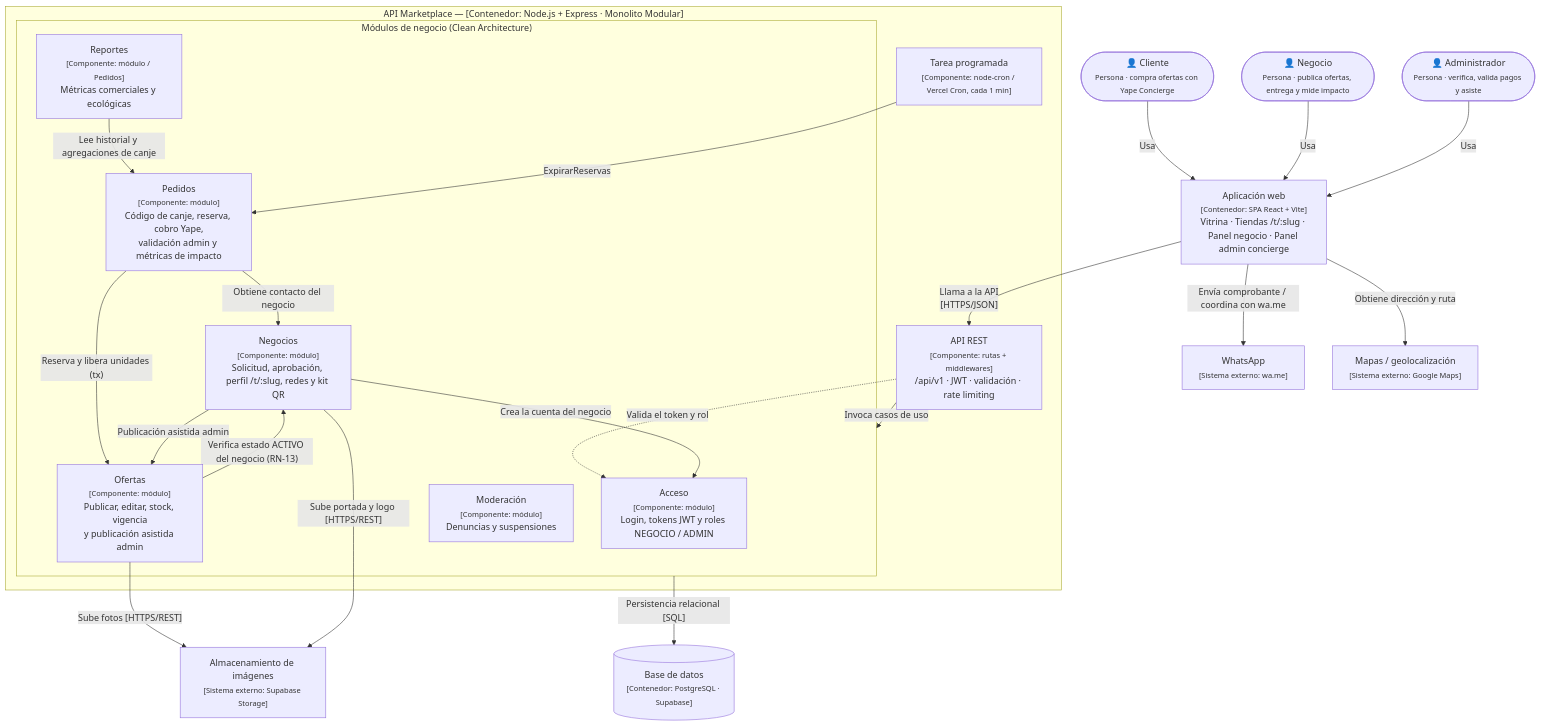
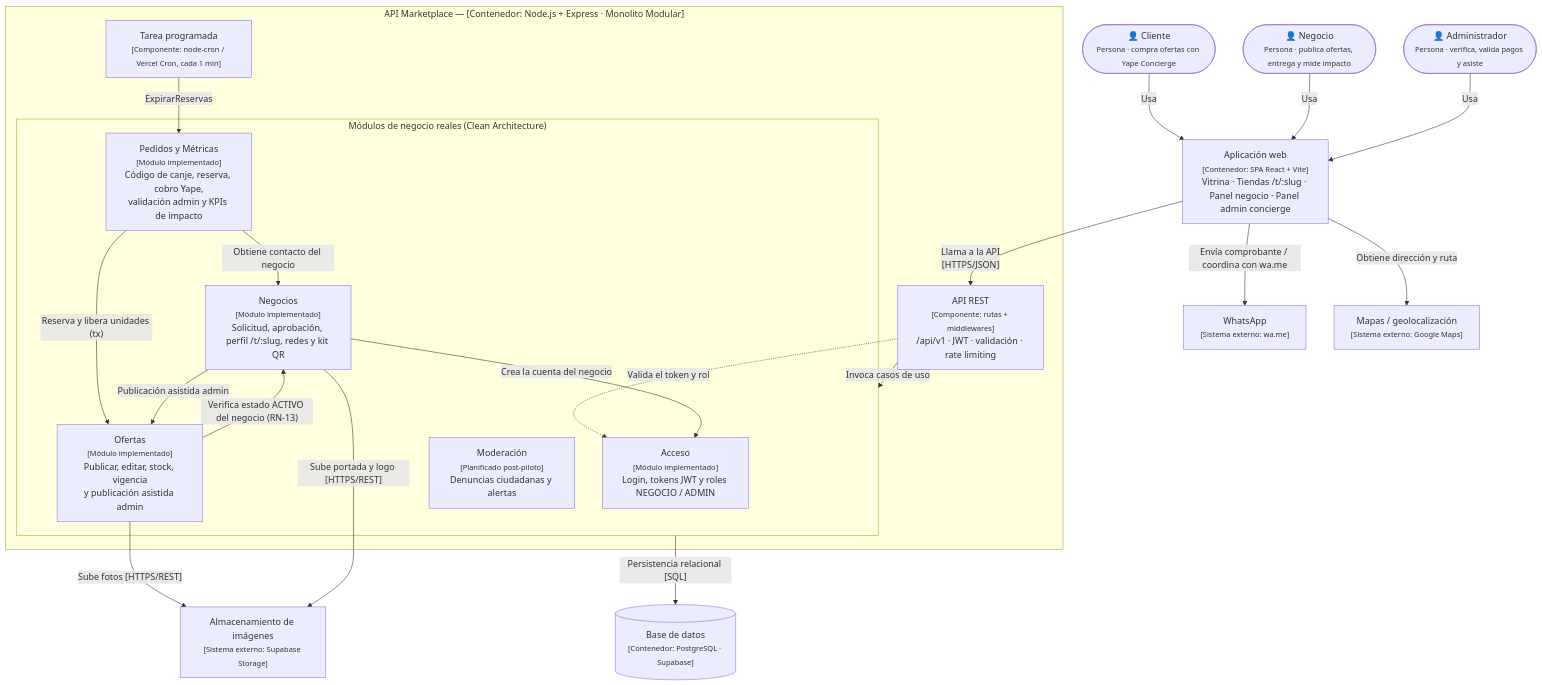
Before and after one commit to lovableprojectscx/JAMA: the diagram in docs/02-arquitectura-software/componentes-arquitectonicos.md, drawn with Mermaid. The commit also changed 33 other files, not shown here.

Commit message:
docs: agrupar requisitos funcionales, crear mapa maestro, ERD y regenerar 20 diagramas PNG

````diff
--- a/docs/02-arquitectura-software/componentes-arquitectonicos.md
+++ b/docs/02-arquitectura-software/componentes-arquitectonicos.md
@@ -7,49 +7,47 @@
 ```mermaid
 flowchart TB
     CL(["👤 Cliente<br/><small>Persona · compra ofertas con Yape Concierge</small>"])
     NE(["👤 Negocio<br/><small>Persona · publica ofertas, entrega y mide impacto</small>"])
     AD(["👤 Administrador<br/><small>Persona · verifica, valida pagos y asiste</small>"])
 
     WEB["Aplicación web<br/><small>[Contenedor: SPA React + Vite]</small><br/>Vitrina · Tiendas /t/:slug · Panel negocio · Panel admin concierge"]
 
     subgraph API["API Marketplace — [Contenedor: Node.js + Express · Monolito Modular]"]
         REST["API REST<br/><small>[Componente: rutas + middlewares]</small><br/>/api/v1 · JWT · validación · rate limiting"]
 
-        subgraph MOD["Módulos de negocio (Clean Architecture)"]
-            ACC["Acceso<br/><small>[Componente: módulo]</small><br/>Login, tokens JWT y roles NEGOCIO / ADMIN"]
-            NEG["Negocios<br/><small>[Componente: módulo]</small><br/>Solicitud, aprobación, perfil /t/:slug, redes y kit QR"]
-            OFE["Ofertas<br/><small>[Componente: módulo]</small><br/>Publicar, editar, stock, vigencia<br/>y publicación asistida admin"]
-            PED["Pedidos<br/><small>[Componente: módulo]</small><br/>Código de canje, reserva, cobro Yape,<br/>validación admin y métricas de impacto"]
-            REP["Reportes<br/><small>[Componente: módulo / Pedidos]</small><br/>Métricas comerciales y ecológicas"]
-            MODR["Moderación<br/><small>[Componente: módulo]</small><br/>Denuncias y suspensiones"]
+        subgraph MOD["Módulos de negocio reales (Clean Architecture)"]
+            ACC["Acceso<br/><small>[Módulo implementado]</small><br/>Login, tokens JWT y roles NEGOCIO / ADMIN"]
+            NEG["Negocios<br/><small>[Módulo implementado]</small><br/>Solicitud, aprobación, perfil /t/:slug, redes y kit QR"]
+            OFE["Ofertas<br/><small>[Módulo implementado]</small><br/>Publicar, editar, stock, vigencia<br/>y publicación asistida admin"]
+            PED["Pedidos y Métricas<br/><small>[Módulo implementado]</small><br/>Código de canje, reserva, cobro Yape,<br/>validación admin y KPIs de impacto"]
+            MODR["Moderación<br/><small>[Planificado post-piloto]</small><br/>Denuncias ciudadanas y alertas"]
         end
 
         JOB["Tarea programada<br/><small>[Componente: node-cron / Vercel Cron, cada 1 min]</small>"]
     end
 
     DB[("Base de datos<br/><small>[Contenedor: PostgreSQL · Supabase]</small>")]
 
     IMG["Almacenamiento de imágenes<br/><small>[Sistema externo: Supabase Storage]</small>"]
     WA["WhatsApp<br/><small>[Sistema externo: wa.me]</small>"]
     MAP["Mapas / geolocalización<br/><small>[Sistema externo: Google Maps]</small>"]
 
     CL -->|Usa| WEB
     NE -->|Usa| WEB
     AD -->|Usa| WEB
     WEB -->|"Llama a la API<br/>[HTTPS/JSON]"| REST
     WEB -->|"Envía comprobante / coordina con wa.me"| WA
     WEB -->|"Obtiene dirección y ruta"| MAP
 
     REST -->|"Invoca casos de uso"| MOD
     REST -.->|"Valida el token y rol"| ACC
     NEG -->|"Crea la cuenta del negocio"| ACC
     OFE -->|"Verifica estado ACTIVO del negocio (RN-13)"| NEG
     PED -->|"Reserva y libera unidades (tx)"| OFE
     PED -->|"Obtiene contacto del negocio"| NEG
     NEG -->|"Publicación asistida admin"| OFE
-    REP -->|"Lee historial y agregaciones de canje"| PED
     JOB -->|"ExpirarReservas"| PED
     MOD -->|"Persistencia relacional [SQL]"| DB
     OFE -->|"Sube fotos [HTTPS/REST]"| IMG
     NEG -->|"Sube portada y logo [HTTPS/REST]"| IMG
 ```
````
